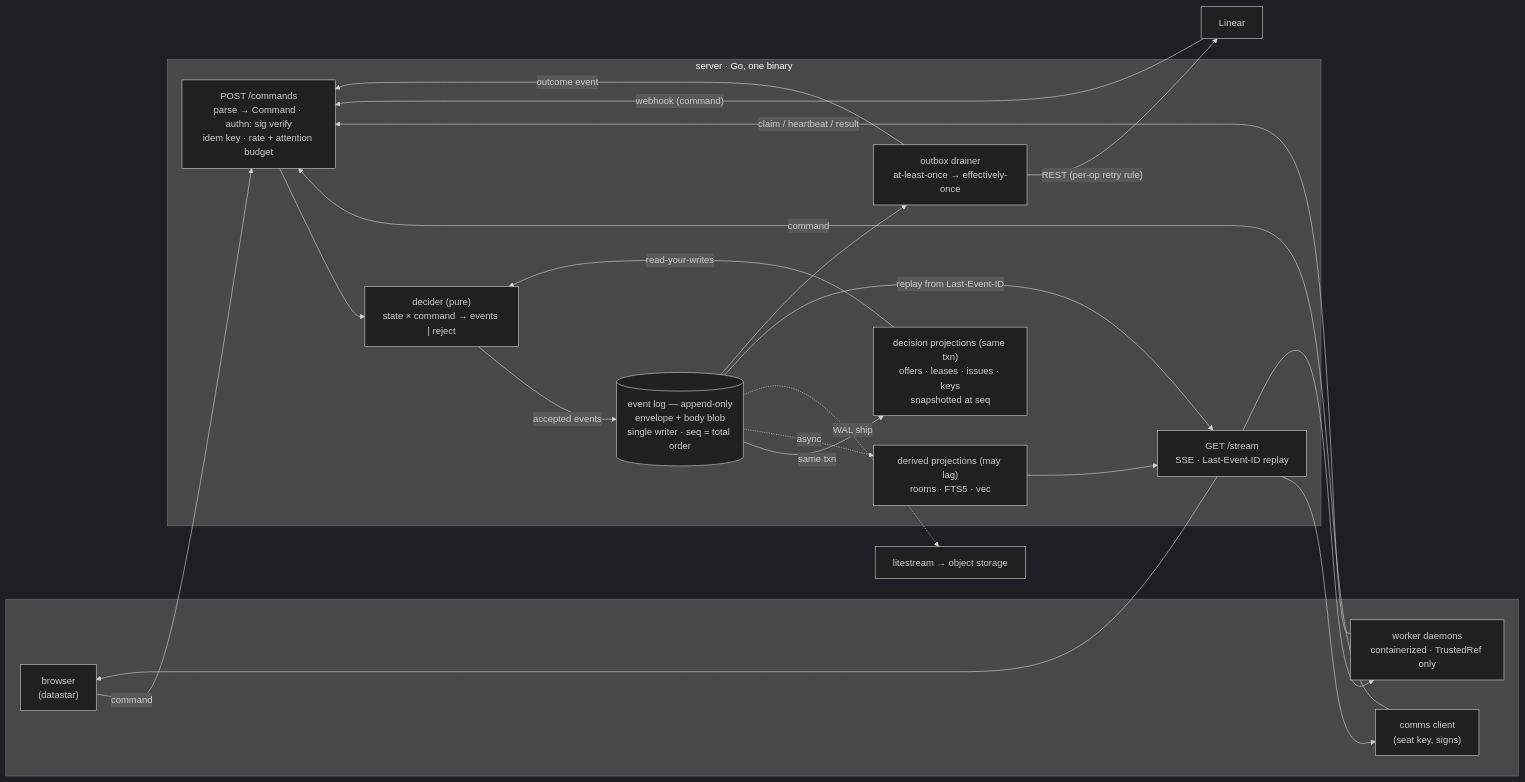
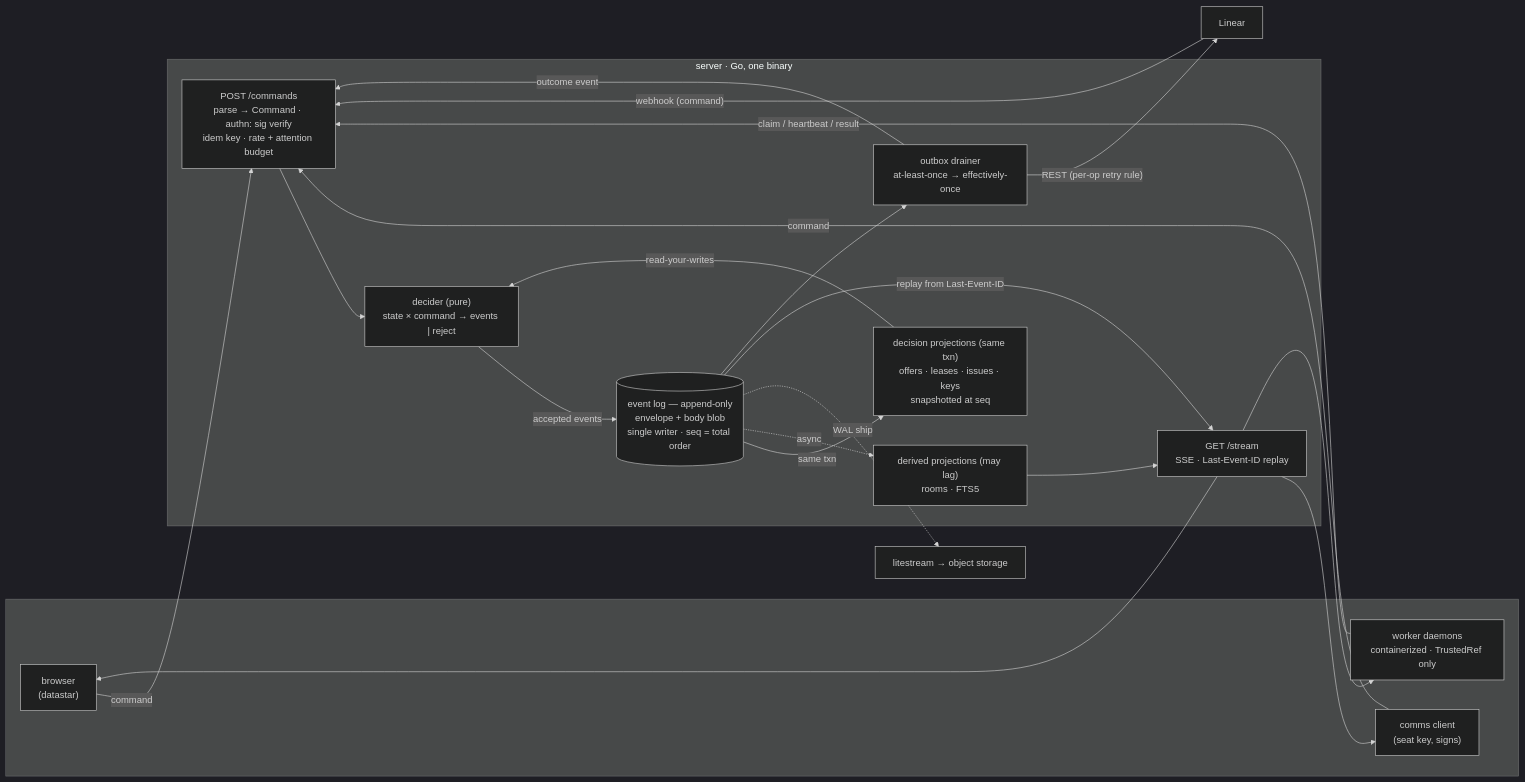
Before and after one commit to escherize/comms: the diagram in docs/ARCHITECTURE.md, drawn with Mermaid (dark theme). The commit also changed other lines of this file and 19 other files, not shown here.

````diff
--- a/docs/ARCHITECTURE.md
+++ b/docs/ARCHITECTURE.md
@@ -7,37 +7,37 @@
 ```mermaid
 flowchart LR
     subgraph clients[" "]
         H["browser<br/>(datastar)"]
         A["comms client<br/>(seat key, signs)"]
         W["worker daemons<br/>containerized · TrustedRef only"]
     end
     LIN["Linear"]
     subgraph server["server · Go, one binary"]
         CMD["POST /commands<br/>parse → Command · authn: sig verify<br/>idem key · rate + attention budget"]
         CORE["decider (pure)<br/>state × command → events | reject"]
         LOG[("event log — append-only<br/>envelope + body blob<br/>single writer · seq = total order")]
         PROJ["decision projections (same txn)<br/>offers · leases · issues · keys<br/>snapshotted at seq"]
-        DER["derived projections (may lag)<br/>rooms · FTS5 · vec"]
+        DER["derived projections (may lag)<br/>rooms · FTS5"]
         SSE["GET /stream<br/>SSE · Last-Event-ID replay"]
         OUT["outbox drainer<br/>at-least-once → effectively-once"]
     end
     LS["litestream → object storage"]
     H -- "command" --> CMD
     A -- "command" --> CMD
     W -- "claim / heartbeat / result" --> CMD
     LIN -- "webhook (command)" --> CMD
     CMD --> CORE
     CORE -- "accepted events" --> LOG
     LOG -- "same txn" --> PROJ
     LOG -. "async" .-> DER
     LOG -. "WAL ship" .-> LS
     PROJ -- "read-your-writes" --> CORE
     LOG -- "replay from Last-Event-ID" --> SSE
     DER --> SSE
     LOG --> OUT
     OUT -- "REST (per-op retry rule)" --> LIN
     OUT -- "outcome event" --> CMD
     SSE --> H
     SSE --> A
     SSE --> W
 ```
````
